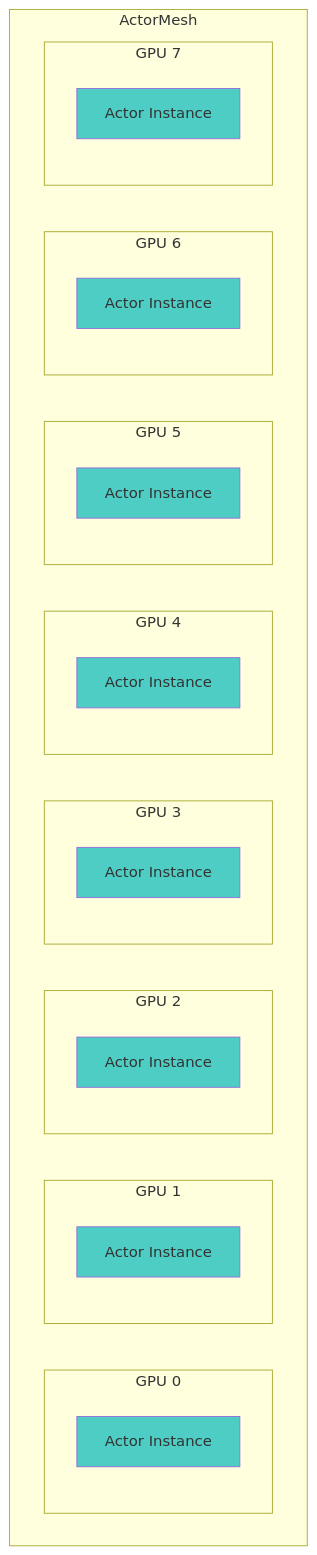
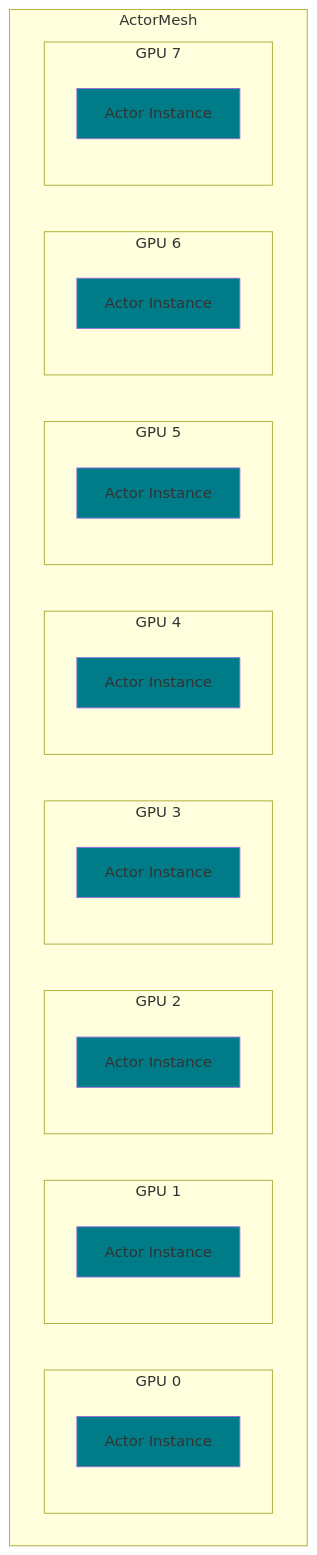
Before and after one commit to AlirezaShamsoshoara/monarch: the ninth of 11 diagrams in docs/ACTORS.md, drawn with Mermaid. The commit also changed other lines of this file, not shown here.

Commit message:
update the actors.md for mermaid colors and errors

````diff
--- a/docs/ACTORS.md
+++ b/docs/ACTORS.md
@@ -550,38 +550,38 @@
 ```mermaid
 graph TD
     subgraph ActorMesh
         subgraph Row1[GPU 0]
             A0[Actor Instance]
         end
         subgraph Row2[GPU 1]
             A1[Actor Instance]
         end
         subgraph Row3[GPU 2]
             A2[Actor Instance]
         end
         subgraph Row4[GPU 3]
             A3[Actor Instance]
         end
         subgraph Row5[GPU 4]
             A4[Actor Instance]
         end
         subgraph Row6[GPU 5]
             A5[Actor Instance]
         end
         subgraph Row7[GPU 6]
             A6[Actor Instance]
         end
         subgraph Row8[GPU 7]
             A7[Actor Instance]
         end
     end
 
-    style A0 fill:#4ecdc4
-    style A1 fill:#4ecdc4
-    style A2 fill:#4ecdc4
-    style A3 fill:#4ecdc4
-    style A4 fill:#4ecdc4
-    style A5 fill:#4ecdc4
-    style A6 fill:#4ecdc4
-    style A7 fill:#4ecdc4
+    style A0 fill:#007c88
+    style A1 fill:#007c88
+    style A2 fill:#007c88
+    style A3 fill:#007c88
+    style A4 fill:#007c88
+    style A5 fill:#007c88
+    style A6 fill:#007c88
+    style A7 fill:#007c88
 ```
````
